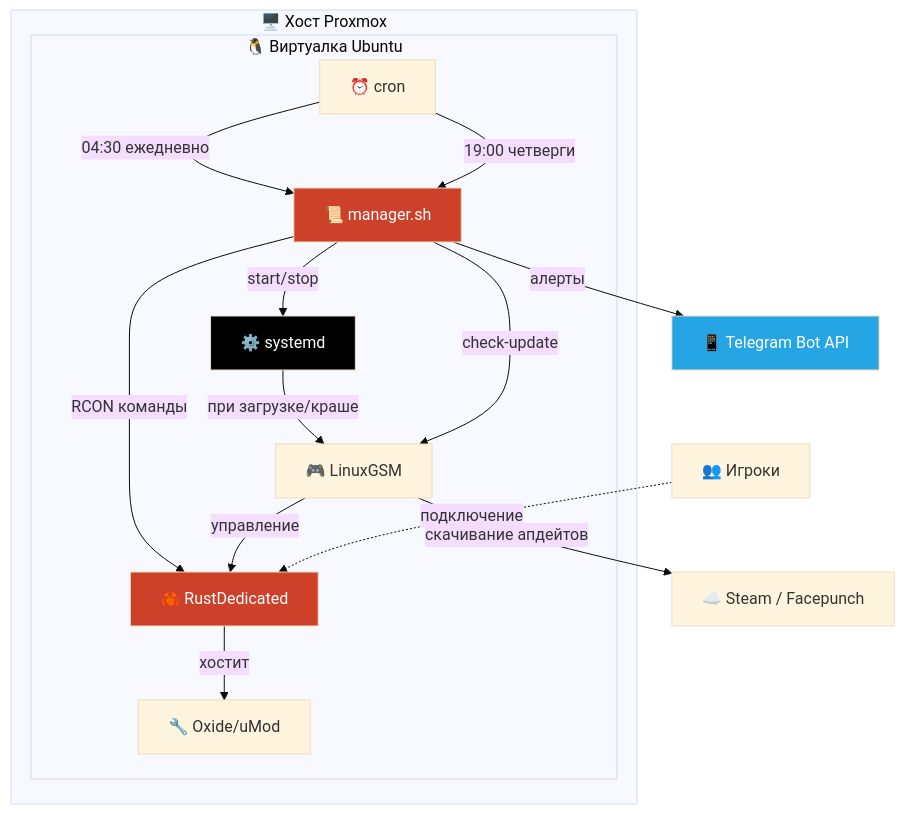
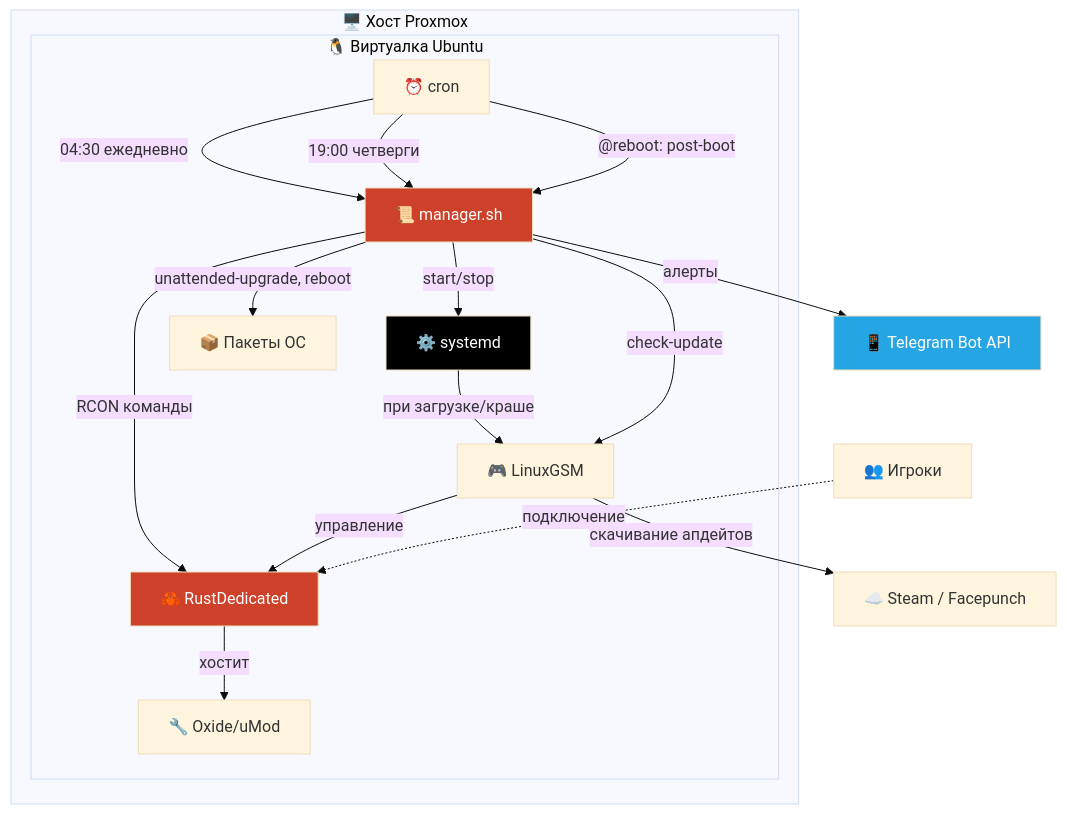
One commit to wobujidao/rust-wipe-manager changed the first of 4 diagrams in README_RU.md. Above: the diagram before and after it, drawn with Mermaid (base theme). The commit also changed other lines of this file and 1 other file, not shown here.

Commit message:
docs: OS maintenance, post-boot, power-off flag, seed rotation, fullwipe-now

````diff
--- a/README_RU.md
+++ b/README_RU.md
@@ -62,34 +68,37 @@
 ```mermaid
 graph TB
     subgraph "🖥️ Хост Proxmox"
         subgraph "🐧 Виртуалка Ubuntu"
             CRON[⏰ cron]
             SYSTEMD[⚙️ systemd]
             MANAGER[📜 manager.sh]
             LGSM[🎮 LinuxGSM]
             RUST[🦀 RustDedicated]
             OXIDE[🔧 Oxide/uMod]
+            OS[📦 Пакеты ОС]
         end
     end
 
     TG[📱 Telegram Bot API]
     STEAM[☁️ Steam / Facepunch]
     PLAYERS[👥 Игроки]
 
     CRON -->|"04:30 ежедневно"| MANAGER
     CRON -->|"19:00 четверги"| MANAGER
+    CRON -->|"@reboot: post-boot"| MANAGER
     SYSTEMD -->|"при загрузке/краше"| LGSM
     MANAGER -->|"start/stop"| SYSTEMD
     MANAGER -->|"RCON команды"| RUST
     MANAGER -->|"check-update"| LGSM
+    MANAGER -->|"unattended-upgrade, reboot"| OS
     MANAGER -->|"алерты"| TG
     LGSM -->|"скачивание апдейтов"| STEAM
     LGSM -->|"управление"| RUST
     RUST -->|"хостит"| OXIDE
     PLAYERS -.->|"подключение"| RUST
 
     style MANAGER fill:#CD412B,color:#fff
     style RUST fill:#CD412B,color:#fff
     style TG fill:#26A5E4,color:#fff
     style SYSTEMD fill:#000,color:#fff
 ```
````
